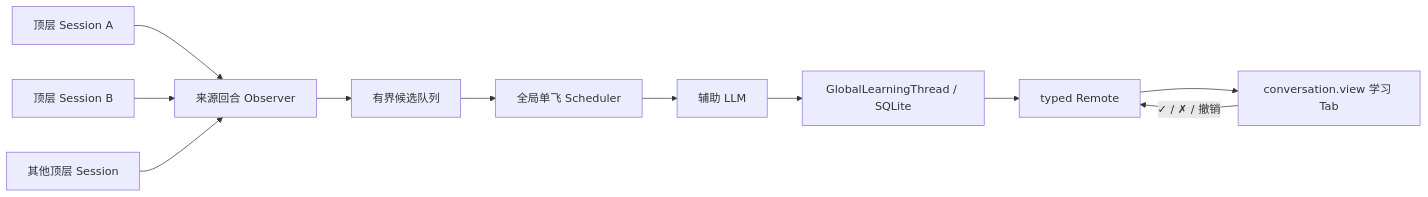
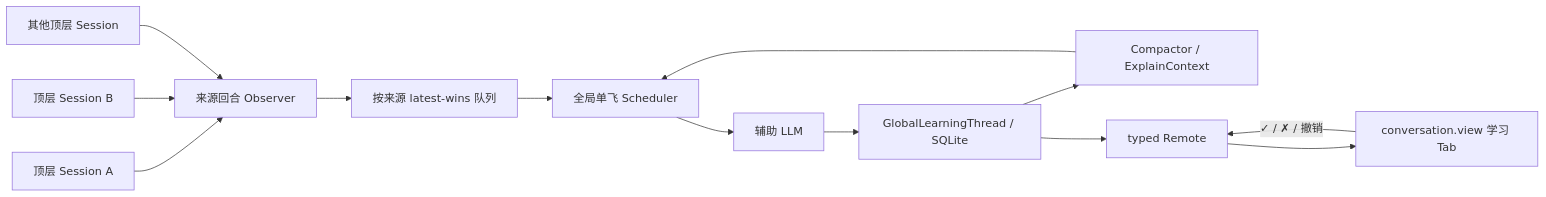
One commit to yuezengwu/dsh-explain changed the first of 2 diagrams in docs/ARCHITECTURE.md. Above: the diagram before and after it, drawn with Mermaid. The commit also changed other lines of this file and 3 other files, not shown here.

````diff
--- a/docs/ARCHITECTURE.md
+++ b/docs/ARCHITECTURE.md
@@ -17,13 +21,15 @@
 ```mermaid
 flowchart LR
   S1["顶层 Session A"] --> O["来源回合 Observer"]
   S2["顶层 Session B"] --> O
   SN["其他顶层 Session"] --> O
-  O --> Q["有界候选队列"]
+  O --> Q["按来源 latest-wins 队列"]
   Q --> R["全局单飞 Scheduler"]
   R --> L["辅助 LLM"]
   L --> D["GlobalLearningThread / SQLite"]
+  D --> C["Compactor / ExplainContext"]
+  C --> R
   D --> G["typed Remote"]
   G --> U["conversation.view 学习 Tab"]
   U -->|"✓ / ✗ / 撤销"| G
 ```
````
